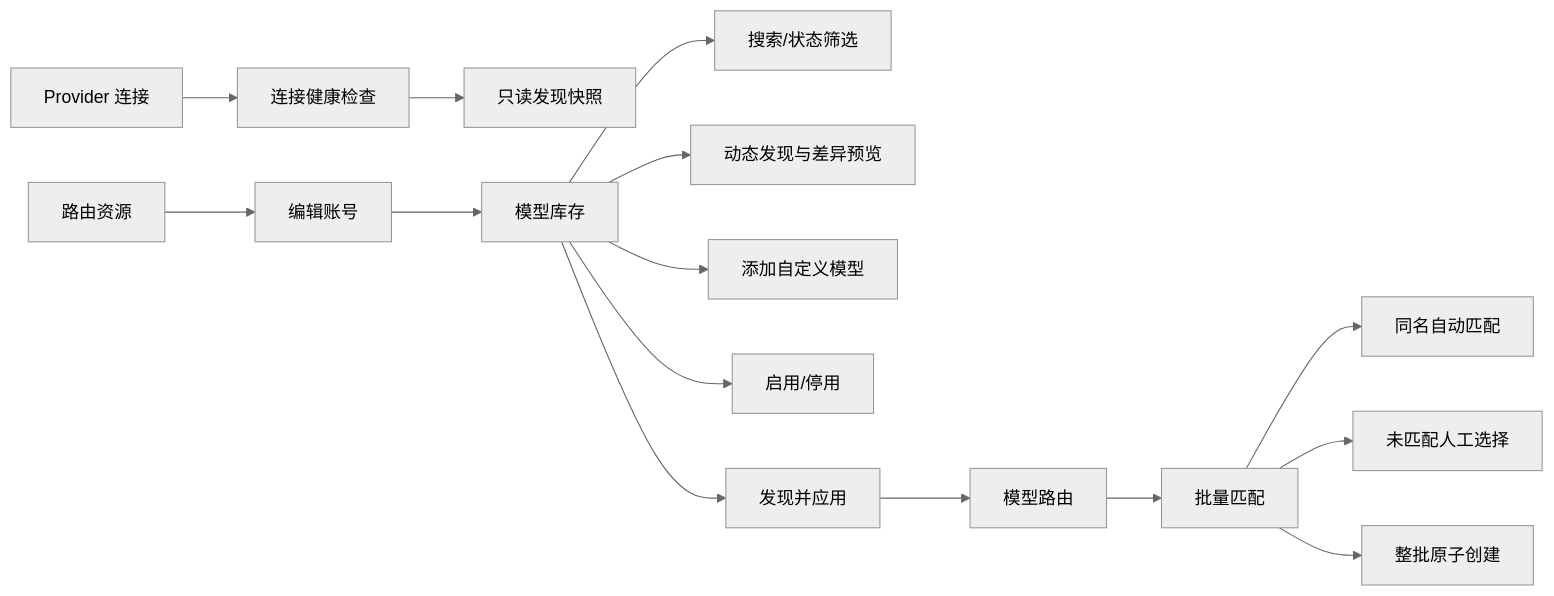
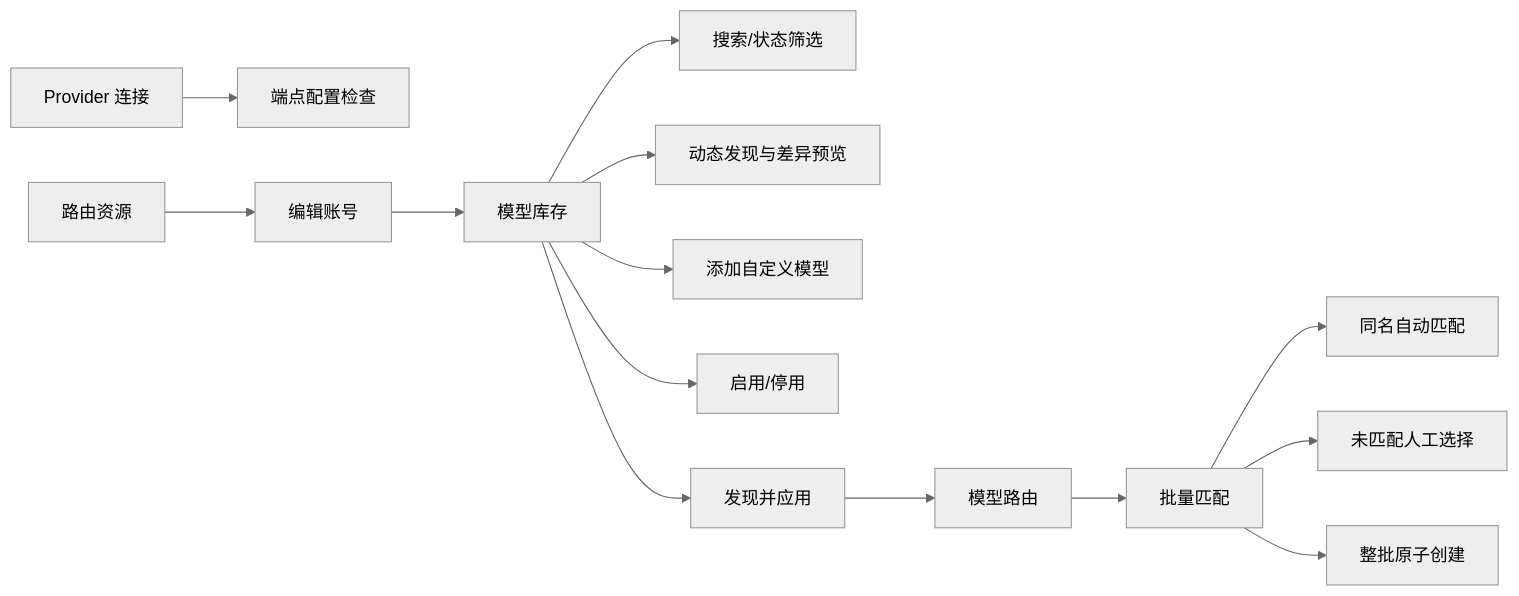
One commit to astercloud/asterrouter changed the eighth of 9 diagrams in docs/roadmap/models/README.md. Above: the diagram before and after it, drawn with Mermaid (neutral theme). The commit also changed other lines of this file and 79 other files, not shown here.

````diff
--- a/docs/roadmap/models/README.md
+++ b/docs/roadmap/models/README.md
@@ -315,17 +314,16 @@
 ```mermaid
 flowchart LR
-    Providers[Provider 连接] --> ConnectionCheck[连接健康检查]
-    ConnectionCheck --> Snapshot[只读发现快照]
+    Providers[Provider 连接] --> ConnectionCheck[端点配置检查]
     Accounts[路由资源] --> Edit[编辑账号]
     Edit --> Inventory[模型库存]
     Inventory --> Search[搜索/状态筛选]
     Inventory --> Preview[动态发现与差异预览]
     Inventory --> Manual[添加自定义模型]
     Inventory --> Enable[启用/停用]
     Inventory --> Apply[发现并应用]
     Apply --> Routes[模型路由]
     Routes --> Bulk[批量匹配]
     Bulk --> Exact[同名自动匹配]
     Bulk --> Review[未匹配人工选择]
     Bulk --> Commit[整批原子创建]
 ```
````
